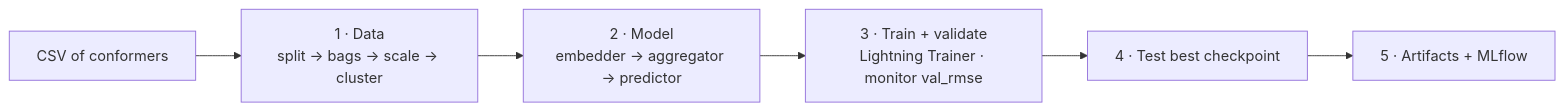
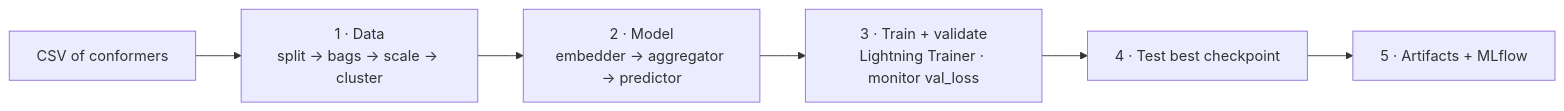
One commit to vfastovskii/milkid changed the first of 2 diagrams in README.md. Above: the diagram before and after it, drawn with Mermaid. The commit also changed other lines of this file and 14 other files, not shown here.

````diff
--- a/README.md
+++ b/README.md
@@ -36,8 +36,8 @@
 ```mermaid
 flowchart LR
     CSV[CSV of conformers] --> DATA["1 · Data<br/>split → bags → scale → cluster"]
     DATA --> MODEL["2 · Model<br/>embedder → aggregator → predictor"]
-    MODEL --> TRAIN["3 · Train + validate<br/>Lightning Trainer · monitor val_rmse"]
+    MODEL --> TRAIN["3 · Train + validate<br/>Lightning Trainer · monitor val_loss"]
     TRAIN --> TEST["4 · Test best checkpoint"]
     TEST --> OUT["5 · Artifacts + MLflow"]
 ```
````
